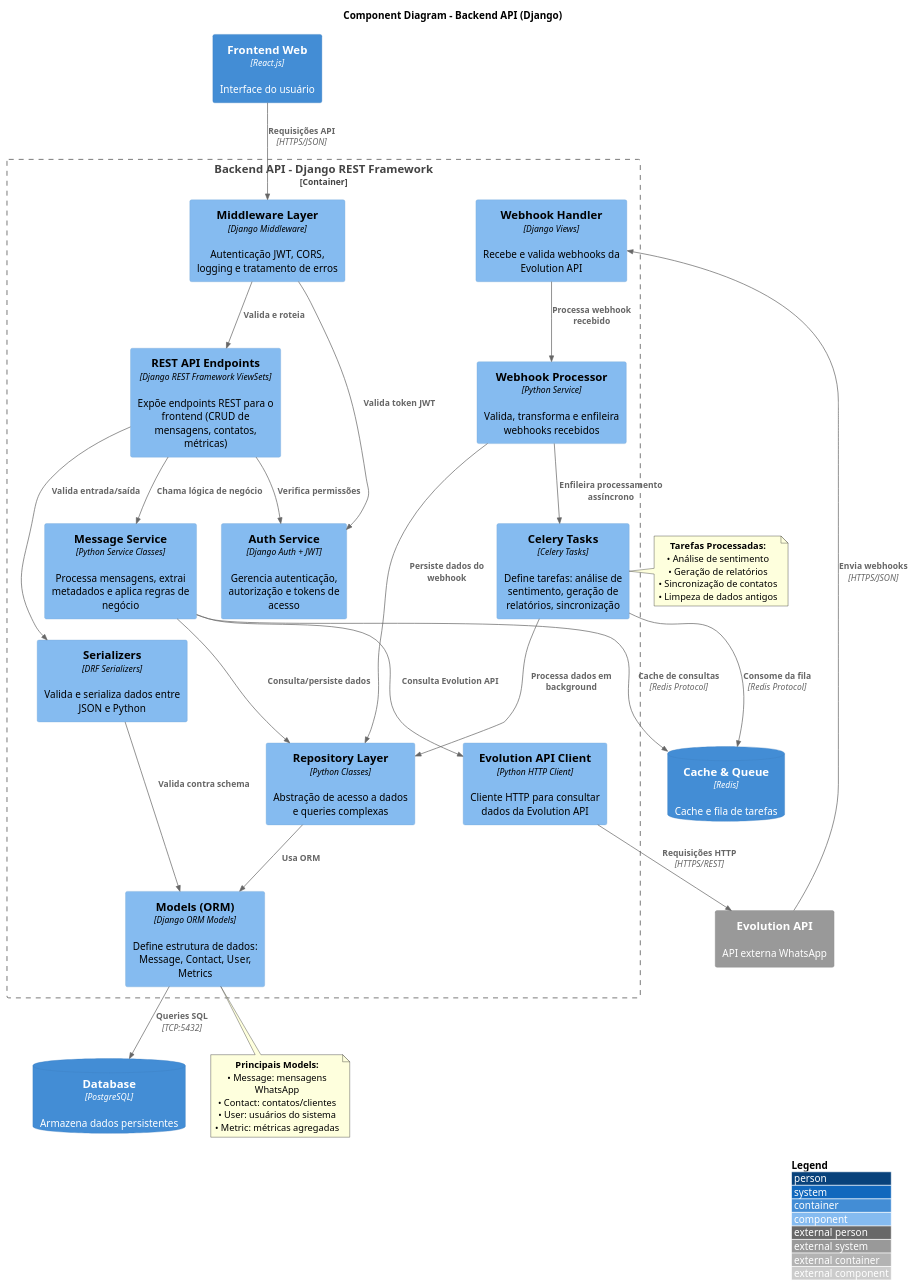
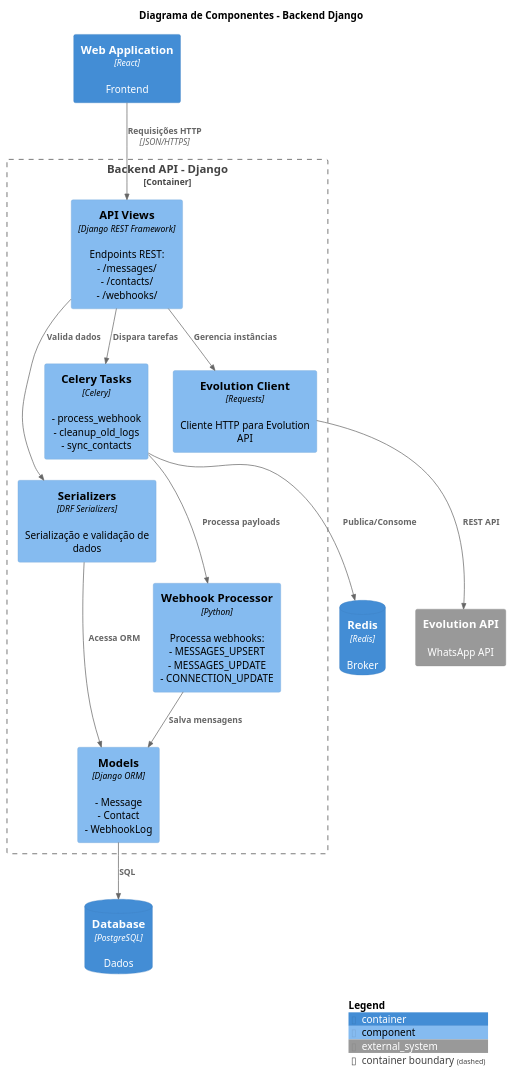
The diagram in docs/architecture/c4/03-component-backend-diagram.puml (gab-correia/whatsapp-dashboard), drawn with PlantUML before and after one commit. The commit also changed 7 other files, not shown here.

Commit message:
docs: add complete C4 architecture documentation

```diff
--- a/docs/architecture/c4/03-component-backend-diagram.puml
+++ b/docs/architecture/c4/03-component-backend-diagram.puml
@@ -1,101 +1,39 @@
-@startuml 03-component-backend
+@startuml WhatsApp Dashboard - Backend Components
 !include https://raw.githubusercontent.com/plantuml-stdlib/C4-PlantUML/master/C4_Component.puml
 
 LAYOUT_WITH_LEGEND()
 
-title Component Diagram - Backend API (Django)
+title Diagrama de Componentes - Backend Django
 
-' =====================================================================
-' Elementos Externos ao Container
-' =====================================================================
-Container(frontend, "Frontend Web", "React.js", "Interface do usuário")
-System_Ext(evolution_api, "Evolution API", "API externa WhatsApp")
-ContainerDb(database, "Database", "PostgreSQL", "Armazena dados persistentes")
-ContainerDb(redis, "Cache & Queue", "Redis", "Cache e fila de tarefas")
+Container(web_app, "Web Application", "React", "Frontend")
+ContainerDb(database, "Database", "PostgreSQL", "Dados")
+ContainerDb(redis, "Redis", "Redis", "Broker")
+System_Ext(evolution, "Evolution API", "WhatsApp API")
 
-' =====================================================================
-' Container em Foco com seus Componentes
-' =====================================================================
-Container_Boundary(backend_api, "Backend API - Django REST Framework") {
-    
-    ' --- Camada de Entrada ---
-    Component(webhook_handler, "Webhook Handler", "Django Views", "Recebe e valida webhooks da Evolution API")
-    Component(rest_api, "REST API Endpoints", "Django REST Framework ViewSets", "Expõe endpoints REST para o frontend (CRUD de mensagens, contatos, métricas)")
-    Component(middleware, "Middleware Layer", "Django Middleware", "Autenticação JWT, CORS, logging e tratamento de erros")
-    
-    ' --- Camada de Negócio ---
-    Component(auth_service, "Auth Service", "Django Auth + JWT", "Gerencia autenticação, autorização e tokens de acesso")
-    Component(message_service, "Message Service", "Python Service Classes", "Processa mensagens, extrai metadados e aplica regras de negócio")
-    Component(webhook_processor, "Webhook Processor", "Python Service", "Valida, transforma e enfileira webhooks recebidos")
-    Component(api_client, "Evolution API Client", "Python HTTP Client", "Cliente HTTP para consultar dados da Evolution API")
-    
-    ' --- Camada de Dados ---
-    Component(serializers, "Serializers", "DRF Serializers", "Valida e serializa dados entre JSON e Python")
-    Component(models, "Models (ORM)", "Django ORM Models", "Define estrutura de dados: Message, Contact, User, Metrics")
-    Component(repositories, "Repository Layer", "Python Classes", "Abstração de acesso a dados e queries complexas")
-    
-    ' --- Tarefas Assíncronas ---
-    Component(celery_tasks, "Celery Tasks", "Celery Tasks", "Define tarefas: análise de sentimento, geração de relatórios, sincronização")
+Container_Boundary(api, "Backend API - Django") {
+    Component(api_views, "API Views", "Django REST Framework", "Endpoints REST:\n- /messages/\n- /contacts/\n- /webhooks/")
+    Component(serializers, "Serializers", "DRF Serializers", "Serialização e validação de dados")
+    Component(models, "Models", "Django ORM", "- Message\n- Contact\n- WebhookLog")
+    Component(webhook_processor, "Webhook Processor", "Python", "Processa webhooks:\n- MESSAGES_UPSERT\n- MESSAGES_UPDATE\n- CONNECTION_UPDATE")
+    Component(celery_tasks, "Celery Tasks", "Celery", "- process_webhook\n- cleanup_old_logs\n- sync_contacts")
+    Component(evolution_client, "Evolution Client", "Requests", "Cliente HTTP para Evolution API")
 }
 
-' =====================================================================
-' Relacionamentos - Frontend para Backend
-' =====================================================================
-Rel(frontend, middleware, "Requisições API", "HTTPS/JSON")
-Rel(middleware, rest_api, "Valida e roteia")
-Rel(middleware, auth_service, "Valida token JWT")
+' Frontend para Backend
+Rel(web_app, api_views, "Requisições HTTP", "JSON/HTTPS")
 
-' =====================================================================
-' Relacionamentos - Camada de API
-' =====================================================================
-Rel(rest_api, serializers, "Valida entrada/saída")
-Rel(rest_api, message_service, "Chama lógica de negócio")
-Rel(rest_api, auth_service, "Verifica permissões")
+' Backend interno
+Rel(api_views, serializers, "Valida dados")
+Rel(serializers, models, "Acessa ORM")
+Rel(api_views, celery_tasks, "Dispara tarefas")
+Rel(api_views, evolution_client, "Gerencia instâncias")
+Rel(webhook_processor, models, "Salva mensagens")
+Rel(celery_tasks, webhook_processor, "Processa payloads")
 
-Rel(webhook_handler, webhook_processor, "Processa webhook recebido")
-Rel(webhook_processor, celery_tasks, "Enfileira processamento assíncrono")
+' Backend para externos
+Rel(models, database, "SQL")
+Rel(celery_tasks, redis, "Publica/Consome")
+Rel(evolution_client, evolution, "REST API")
 
-' =====================================================================
-' Relacionamentos - Camada de Negócio
-' =====================================================================
-Rel(message_service, repositories, "Consulta/persiste dados")
-Rel(message_service, api_client, "Consulta Evolution API")
-Rel(webhook_processor, repositories, "Persiste dados do webhook")
-
-Rel(api_client, evolution_api, "Requisições HTTP", "HTTPS/REST")
-Rel(evolution_api, webhook_handler, "Envia webhooks", "HTTPS/JSON")
-
-' =====================================================================
-' Relacionamentos - Camada de Dados
-' =====================================================================
-Rel(serializers, models, "Valida contra schema")
-Rel(repositories, models, "Usa ORM")
-Rel(models, database, "Queries SQL", "TCP:5432")
-
-' =====================================================================
-' Relacionamentos - Tarefas Assíncronas
-' =====================================================================
-Rel(celery_tasks, repositories, "Processa dados em background")
-Rel(celery_tasks, redis, "Consome da fila", "Redis Protocol")
-Rel(message_service, redis, "Cache de consultas", "Redis Protocol")
-
-' =====================================================================
-' Notas Explicativas
-' =====================================================================
-note right of celery_tasks
-  **Tarefas Processadas:**
-  • Análise de sentimento
-  • Geração de relatórios
-  • Sincronização de contatos
-  • Limpeza de dados antigos
-end note
-
-note bottom of models
-  **Principais Models:**
-  • Message: mensagens WhatsApp
-  • Contact: contatos/clientes
-  • User: usuários do sistema
-  • Metric: métricas agregadas
-end note
-
+SHOW_LEGEND()
 @enduml
```
